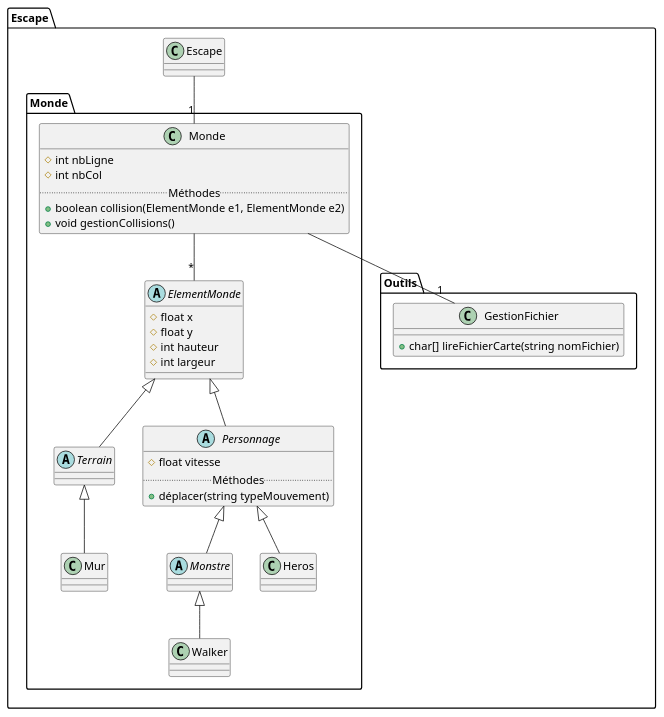
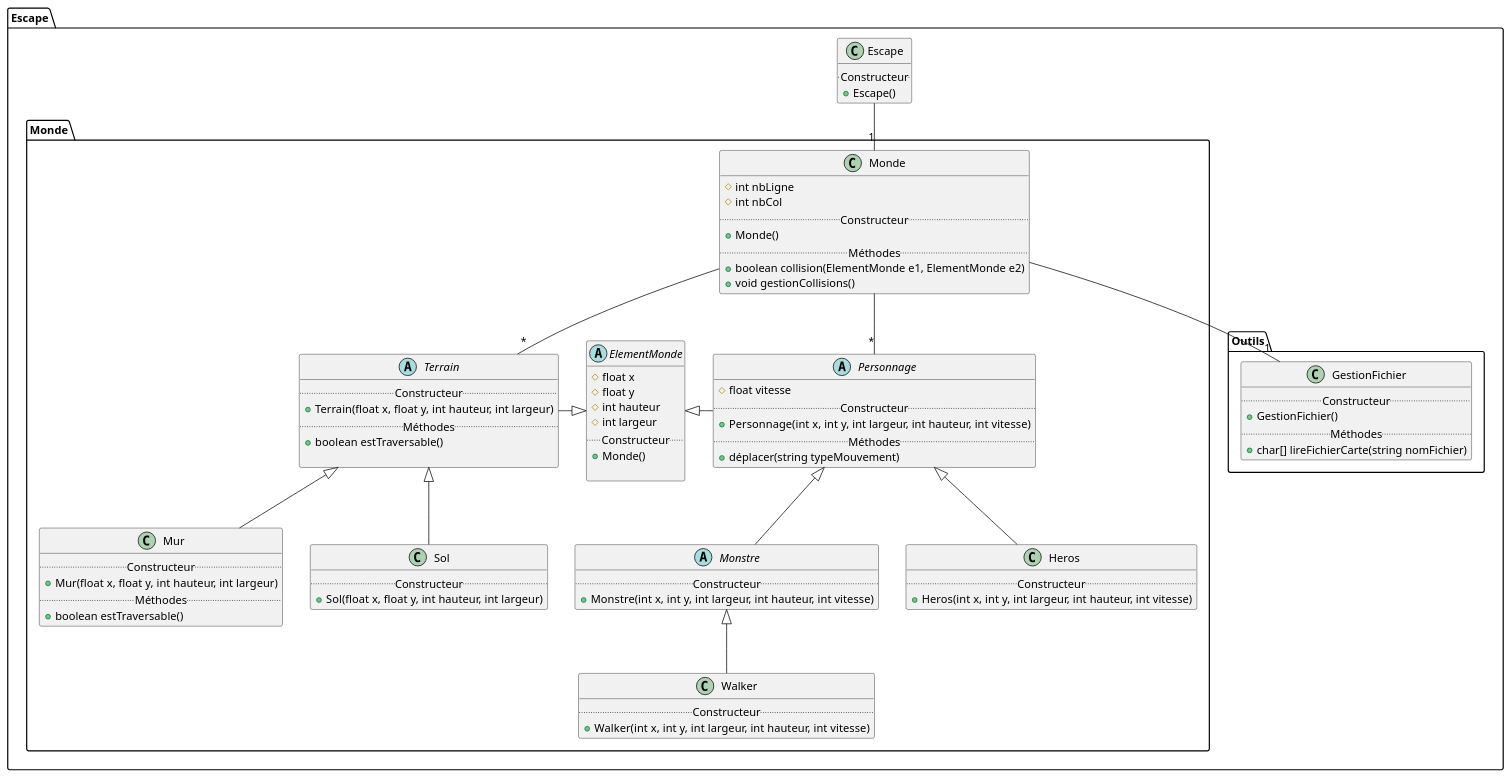
The diagram in docs/sprints/0/uml/class-diagram.puml (victord54/escape), drawn with PlantUML before and after one commit. The commit also changed 1 other file, not shown here.

Commit message:
Modification diagramme uml

```diff
--- a/docs/sprints/0/uml/class-diagram.puml
+++ b/docs/sprints/0/uml/class-diagram.puml
@@ -1,68 +1,102 @@
 @startuml
 
 package Escape{
 
   package Monde {
     abstract class ElementMonde {
       # float x
       # float y
       # int hauteur
       # int largeur
+      ..Constructeur..
+      + Monde()
 
     }
     abstract class Terrain {
+      ..Constructeur..
+      + Terrain(float x, float y, int hauteur, int largeur)
+      ..Méthodes..
+      + boolean estTraversable()
 
     }
 
     class Mur {
+      ..Constructeur..
+      + Mur(float x, float y, int hauteur, int largeur)
+      ..Méthodes..
+      + boolean estTraversable()
+    }
+
+    class Sol{
+    ..Constructeur..
+    + Sol(float x, float y, int hauteur, int largeur)
     }
 
 
     abstract class Personnage {
       # float vitesse
-    ..Méthodes..
-    + déplacer(string typeMouvement)
+      ..Constructeur..
+      + Personnage(int x, int y, int largeur, int hauteur, int vitesse)
+      ..Méthodes..
+      + déplacer(string typeMouvement)
     }
 
     class Heros {
+      ..Constructeur..
+      + Heros(int x, int y, int largeur, int hauteur, int vitesse)
     }
 
     abstract class Monstre {
+      ..Constructeur..
+      + Monstre(int x, int y, int largeur, int hauteur, int vitesse)
     }
 
     class Walker{
+      ..Constructeur..
+      + Walker(int x, int y, int largeur, int hauteur, int vitesse)
     }
 
     class Monde{
       # int nbLigne
       # int nbCol
+      ..Constructeur..
+      + Monde()
       ..Méthodes..
       + boolean collision(ElementMonde e1, ElementMonde e2)
       + void gestionCollisions()
     }
   }
 
   class Escape {
+    ..Constructeur..
+    + Escape()
   }
 
   package Outils {
     class GestionFichier {
-      + char[] lireFichierCarte(string nomFichier)
+        ..Constructeur..
+        + GestionFichier()
+        ..Méthodes..
+        + char[] lireFichierCarte(string nomFichier)
     }
   }
 }
 
 Escape.Escape -- "1" Escape.Monde.Monde
-Personnage -up-|> ElementMonde
+Personnage -left-|> ElementMonde
 Heros -up-|> Personnage
 Monstre -up-|> Personnage
 Walker -up-|> Monstre
 
-Terrain -up-|> ElementMonde
+Terrain -right-|> ElementMonde
 Mur -up-|> Terrain
+Sol -up-|> Terrain
 
-Escape.Monde.Monde -- "*" ElementMonde
+
+Escape.Monde.Monde -- "*" Personnage
+Escape.Monde.Monde -- "*" Terrain
+
 
 Escape.Monde.Monde -- "1" GestionFichier
 
 @enduml
```
